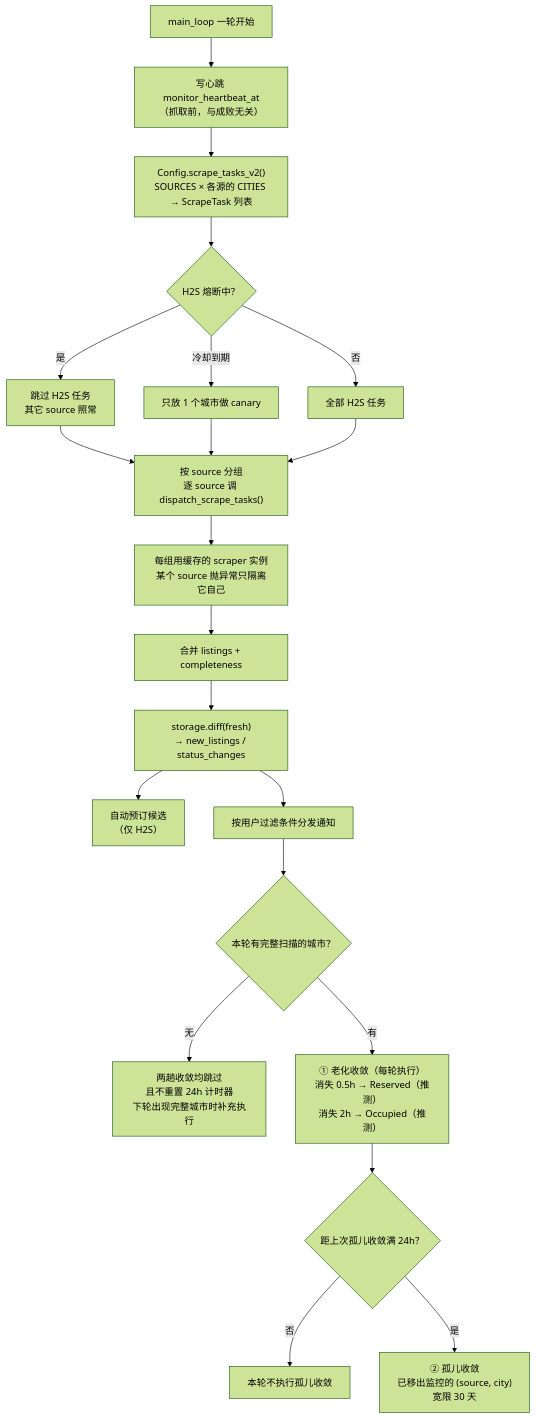
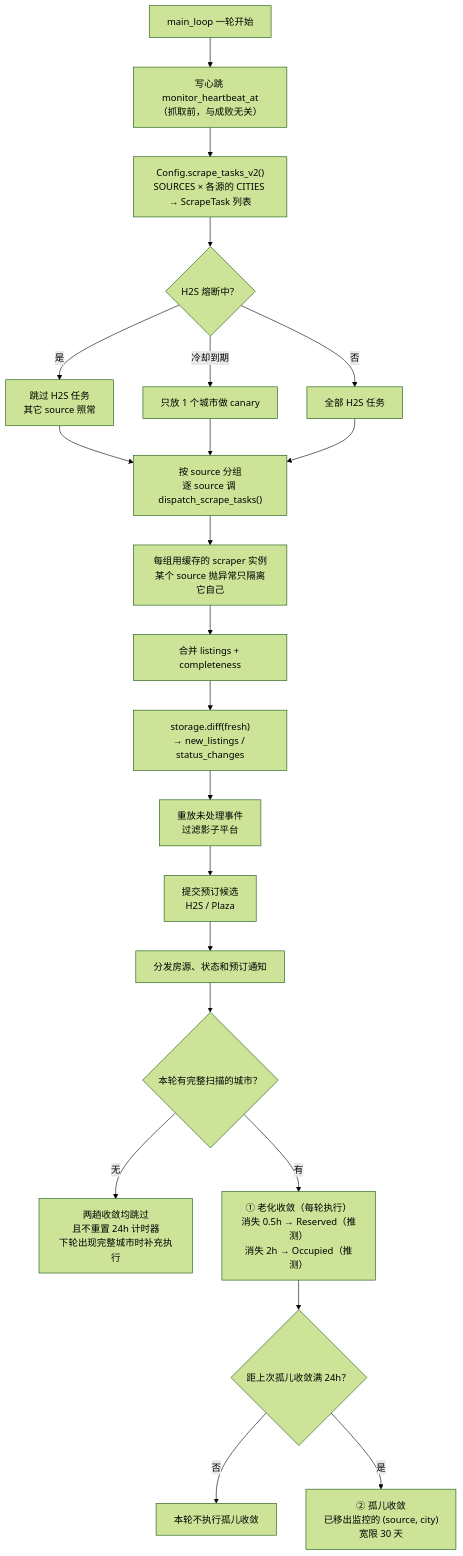
One commit to 751K/holland2stay-monitor changed the second of 6 diagrams in docs/ARCHITECTURE.md. Above: the diagram before and after it, drawn with Mermaid (forest theme). The commit also changed other lines of this file and 13 other files, not shown here.

````diff
--- a/docs/ARCHITECTURE.md
+++ b/docs/ARCHITECTURE.md
@@ -236,25 +238,26 @@
 ```mermaid
 flowchart TD
     A["main_loop 一轮开始"] --> HB["写心跳 monitor_heartbeat_at<br/>（抓取前，与成败无关）"]
     HB --> T["Config.scrape_tasks_v2()<br/>SOURCES × 各源的 CITIES → ScrapeTask 列表"]
     T --> CB{"H2S 熔断中？"}
     CB -->|是| SKIP["跳过 H2S 任务<br/>其它 source 照常"]
     CB -->|冷却到期| CAN["只放 1 个城市做 canary"]
     CB -->|否| ALL["全部 H2S 任务"]
 
     SKIP --> D["按 source 分组<br/>逐 source 调 dispatch_scrape_tasks()"]
     CAN --> D
     ALL --> D
 
     D --> SC["每组用缓存的 scraper 实例<br/>某个 source 抛异常只隔离它自己"]
     SC --> R["合并 listings + completeness"]
     R --> DIFF["storage.diff(fresh)<br/>→ new_listings / status_changes"]
-    DIFF --> BOOK["自动预订候选<br/>（仅 H2S）"]
-    DIFF --> NOTIF["按用户过滤条件分发通知"]
+    DIFF --> REPLAY["重放未处理事件<br/>过滤影子平台"]
+    REPLAY --> BOOK["提交预订候选<br/>H2S / Plaza"]
+    BOOK --> NOTIF["分发房源、状态和预订通知"]
     NOTIF --> CPL{"本轮有完整扫描的城市？"}
     CPL -->|无| SKIP2["两趟收敛均跳过<br/>且不重置 24h 计时器<br/>下轮出现完整城市时补充执行"]
     CPL -->|有| AGE["① 老化收敛（每轮执行）<br/>消失 0.5h → Reserved（推测）<br/>消失 2h → Occupied（推测）"]
     AGE --> DUE{"距上次孤儿收敛满 24h？"}
     DUE -->|否| WAIT["本轮不执行孤儿收敛"]
     DUE -->|是| CONV["② 孤儿收敛<br/>已移出监控的 (source, city)<br/>宽限 30 天"]
 ```
````
